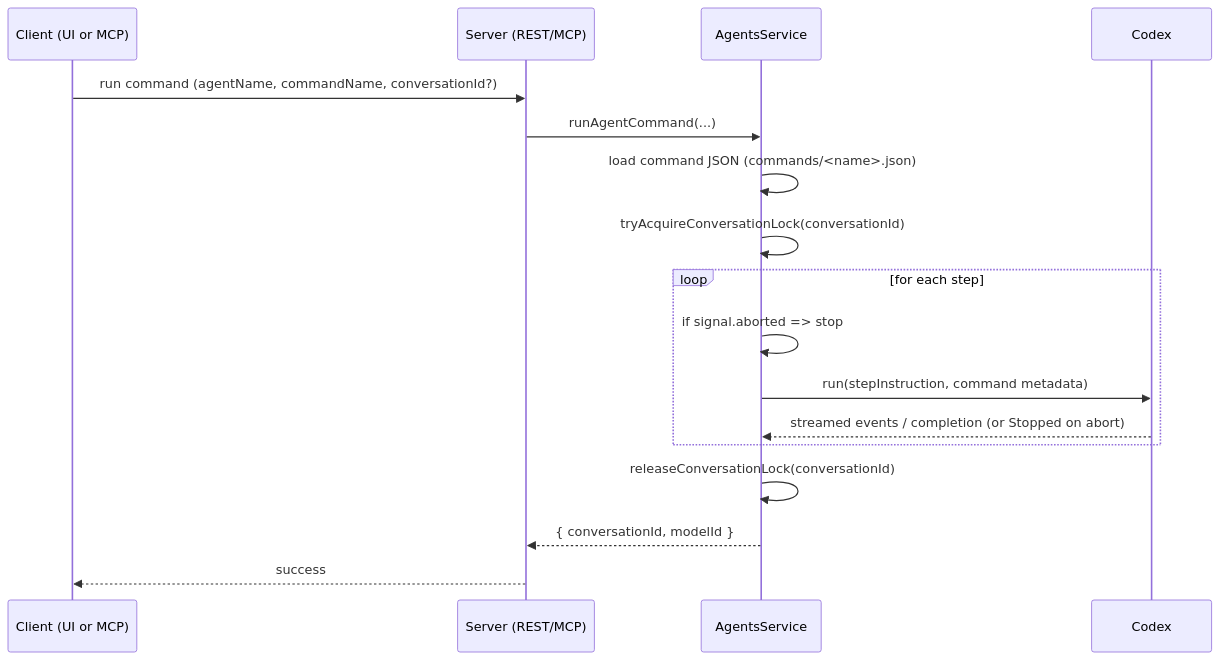
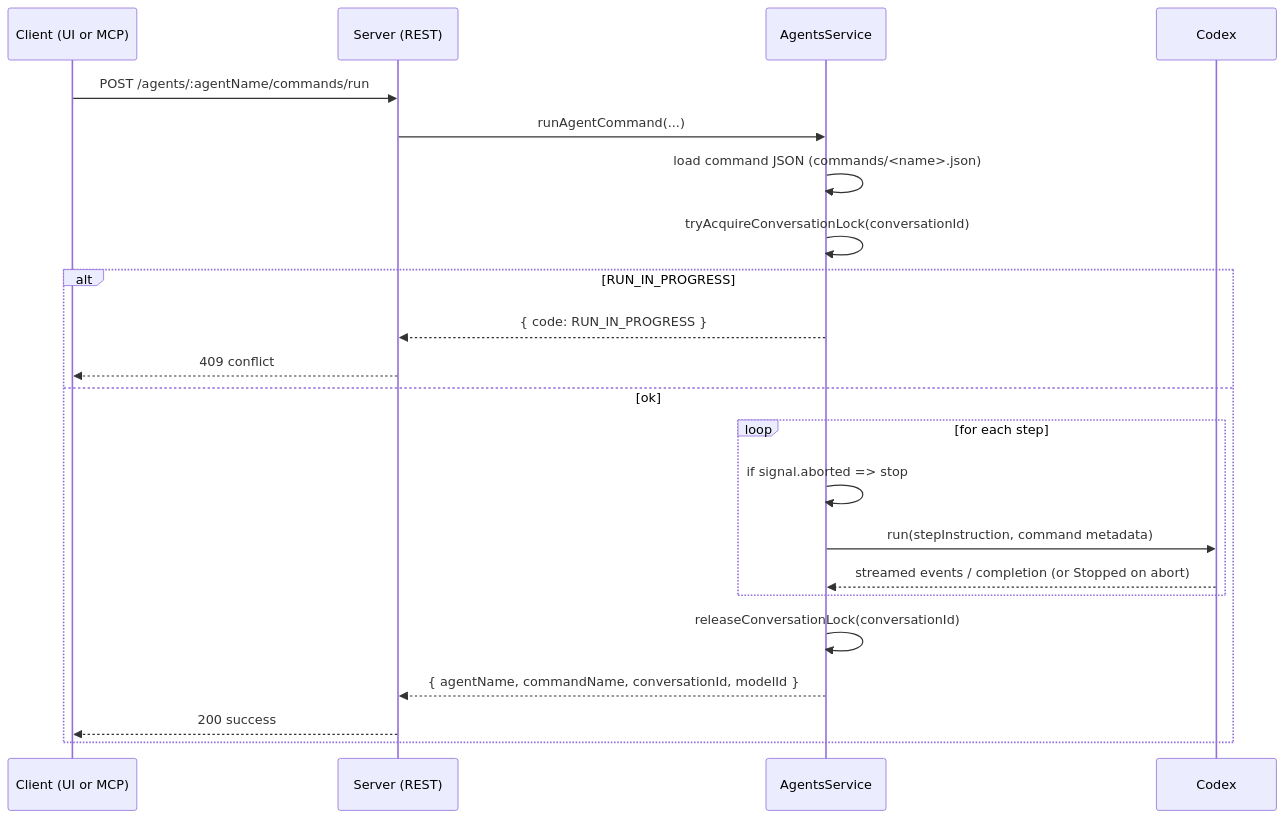
One commit to Chargeuk/codeInfo2 changed the ninth of 35 diagrams in design.md. Above: the diagram before and after it, drawn with Mermaid. The commit also changed other lines of this file and 5 other files, not shown here.

First line of the commit message:
DEV-18 - Add REST command run endpoint

````diff
--- a/design.md
+++ b/design.md
@@ -237,22 +244,27 @@
 ```mermaid
 sequenceDiagram
   participant Client as Client (UI or MCP)
-  participant Server as Server (REST/MCP)
+  participant Server as Server (REST)
   participant Svc as AgentsService
   participant Codex as Codex
 
-  Client->>Server: run command (agentName, commandName, conversationId?)
+  Client->>Server: POST /agents/:agentName/commands/run
   Server->>Svc: runAgentCommand(...)
   Svc->>Svc: load command JSON (commands/<name>.json)
   Svc->>Svc: tryAcquireConversationLock(conversationId)
 
-  loop for each step
-    Svc->>Svc: if signal.aborted => stop
-    Svc->>Codex: run(stepInstruction, command metadata)
-    Codex-->>Svc: streamed events / completion (or Stopped on abort)
+  alt RUN_IN_PROGRESS
+    Svc-->>Server: { code: RUN_IN_PROGRESS }
+    Server-->>Client: 409 conflict
+  else ok
+    loop for each step
+      Svc->>Svc: if signal.aborted => stop
+      Svc->>Codex: run(stepInstruction, command metadata)
+      Codex-->>Svc: streamed events / completion (or Stopped on abort)
+    end
+
+    Svc->>Svc: releaseConversationLock(conversationId)
+    Svc-->>Server: { agentName, commandName, conversationId, modelId }
+    Server-->>Client: 200 success
   end
-
-  Svc->>Svc: releaseConversationLock(conversationId)
-  Svc-->>Server: { conversationId, modelId }
-  Server-->>Client: success
 ```
````
